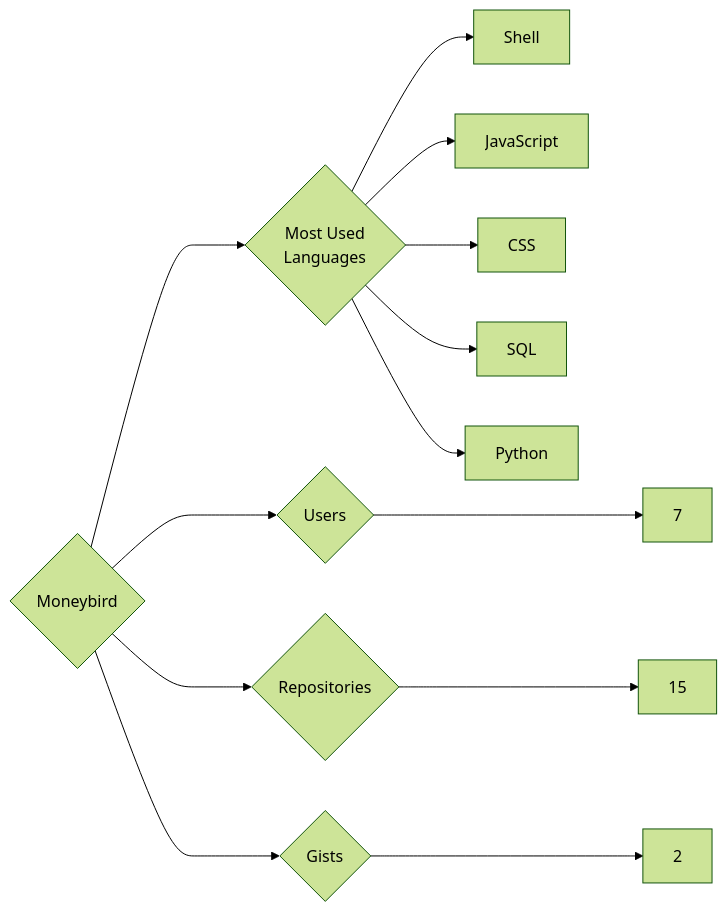
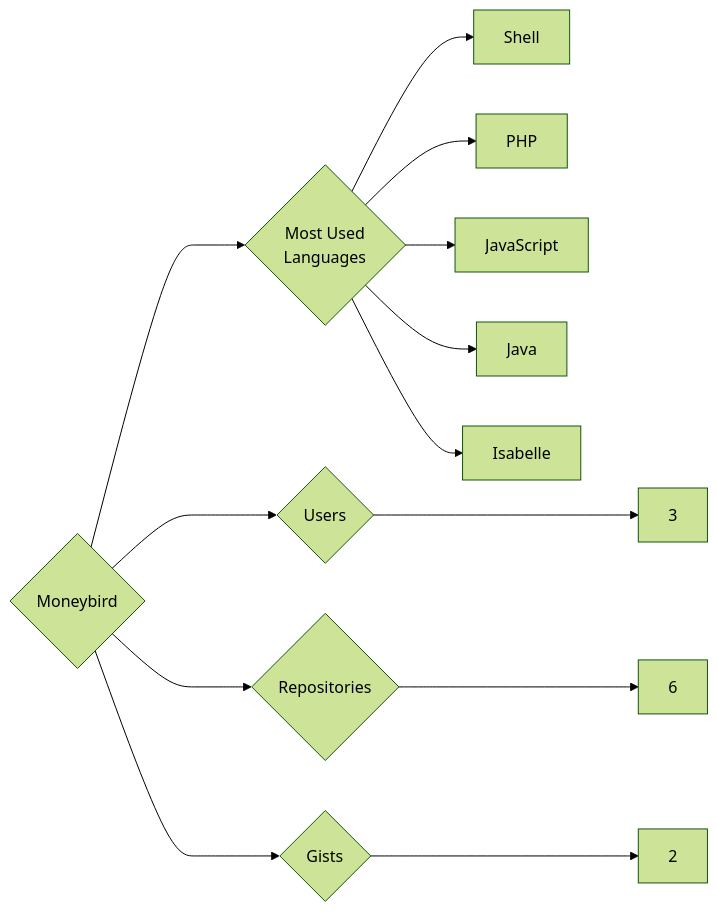
The diagram in targets/Moneybird/README.md (trickest/insiders), drawn with Mermaid (forest theme) before and after one commit. The commit also changed 940 other files, not shown here.

````diff
--- a/targets/Moneybird/README.md
+++ b/targets/Moneybird/README.md
@@ -3,13 +3,13 @@
 ```mermaid
 graph LR
 COMPANY_NAME{Moneybird}
-COMPANY_NAME ---> U{Users} ---> UN[7]
-COMPANY_NAME ---> R{Repositories} ---> RN[15]
+COMPANY_NAME ---> U{Users} ---> UN[3]
+COMPANY_NAME ---> R{Repositories} ---> RN[6]
 COMPANY_NAME ---> G{Gists} ---> GN[2]
 COMPANY_NAME ---> ML{Most Used<br>Languages}
 ML --> Shell[Shell]
+ML --> PHP[PHP]
 ML --> JavaScript[JavaScript]
-ML --> CSS[CSS]
-ML --> SQL[SQL]
-ML --> Python[Python]
+ML --> Java[Java]
+ML --> Isabelle[Isabelle]
 ```
````
